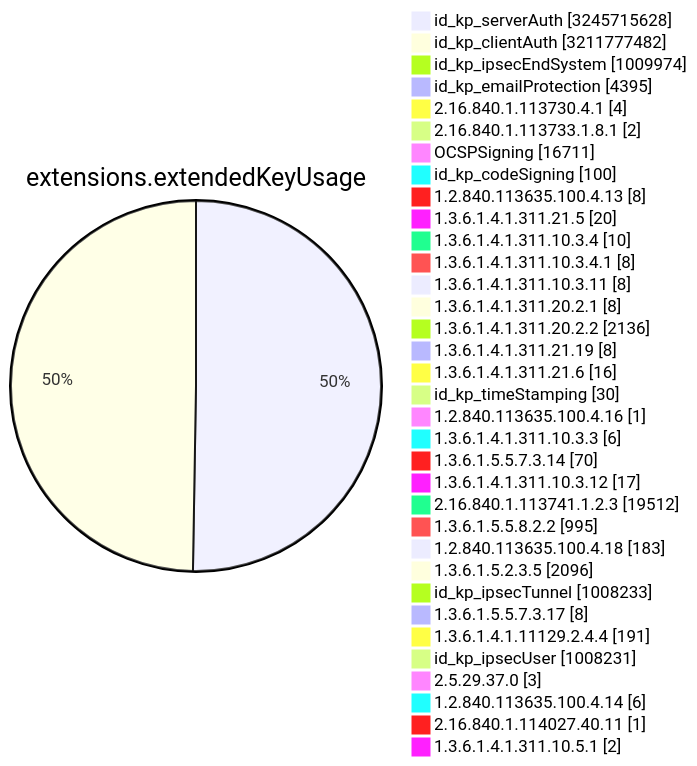
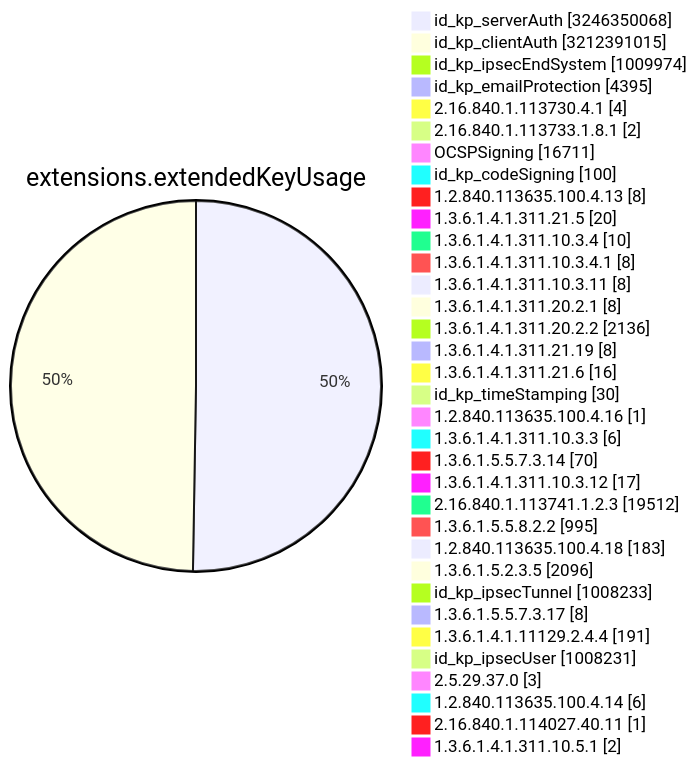
Before and after one commit to christiankrug/ctmonitor_visualization: diagram 11 of 15 in TOTAL/README.md, drawn with Mermaid. The commit also changed other lines of this file, not shown here.

````diff
--- a/TOTAL/README.md
+++ b/TOTAL/README.md
@@ -4119,38 +4119,38 @@
 ```mermaid
 pie showData
 title extensions.extendedKeyUsage
-"id_kp_serverAuth" :3245715628
-"id_kp_clientAuth" :3211777482
+"id_kp_serverAuth" :3246350068
+"id_kp_clientAuth" :3212391015
 "id_kp_ipsecEndSystem" :1009974
 "id_kp_emailProtection" :4395
 "2.16.840.1.113730.4.1" :4
 "2.16.840.1.113733.1.8.1" :2
 "OCSPSigning" :16711
 "id_kp_codeSigning" :100
 "1.2.840.113635.100.4.13" :8
 "1.3.6.1.4.1.311.21.5" :20
 "1.3.6.1.4.1.311.10.3.4" :10
 "1.3.6.1.4.1.311.10.3.4.1" :8
 "1.3.6.1.4.1.311.10.3.11" :8
 "1.3.6.1.4.1.311.20.2.1" :8
 "1.3.6.1.4.1.311.20.2.2" :2136
 "1.3.6.1.4.1.311.21.19" :8
 "1.3.6.1.4.1.311.21.6" :16
 "id_kp_timeStamping" :30
 "1.2.840.113635.100.4.16" :1
 "1.3.6.1.4.1.311.10.3.3" :6
 "1.3.6.1.5.5.7.3.14" :70
 "1.3.6.1.4.1.311.10.3.12" :17
 "2.16.840.1.113741.1.2.3" :19512
 "1.3.6.1.5.5.8.2.2" :995
 "1.2.840.113635.100.4.18" :183
 "1.3.6.1.5.2.3.5" :2096
 "id_kp_ipsecTunnel" :1008233
 "1.3.6.1.5.5.7.3.17" :8
 "1.3.6.1.4.1.11129.2.4.4" :191
 "id_kp_ipsecUser" :1008231
 "2.5.29.37.0" :3
 "1.2.840.113635.100.4.14" :6
 "2.16.840.1.114027.40.11" :1
 "1.3.6.1.4.1.311.10.5.1" :2
 ```
````
